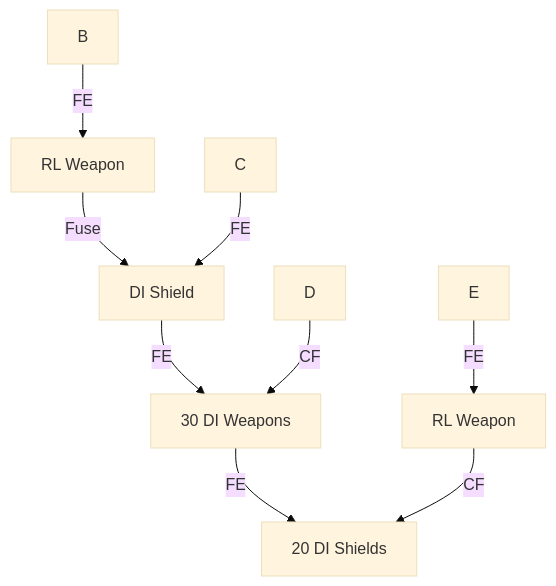
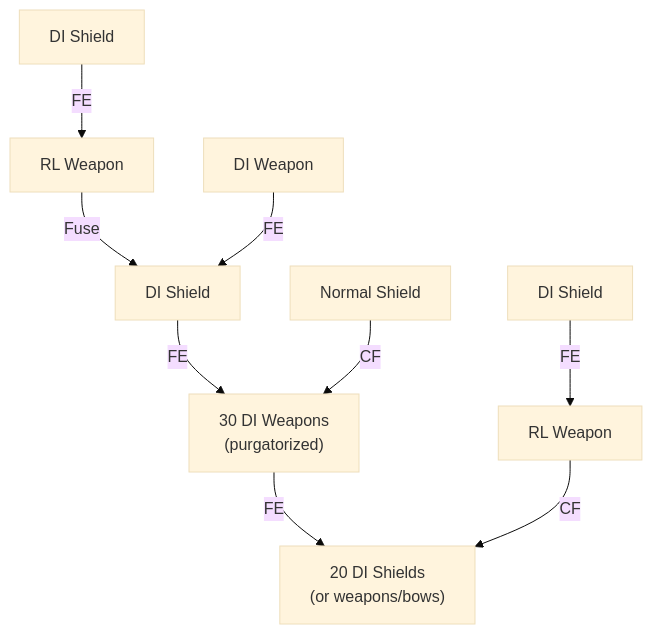
Before and after one commit to BKMzero/ultrabroken-documentation: the first of 3 diagrams in docs/wiki/_wip/sfo-nesting-test.md, drawn with Mermaid (base theme).

Commit message:
sfo nestest method 2 diagram 1 nodes B,C,D,E,I,J names

````diff
--- a/docs/wiki/_wip/sfo-nesting-test.md
+++ b/docs/wiki/_wip/sfo-nesting-test.md
@@ -71,11 +71,11 @@
             ```mermaid
             graph TD
-                B -->|FE| F[RL Weapon]
-                E -->|FE| G[RL Weapon]
+                B[DI Shield] -->|FE| F[RL Weapon]
+                E[DI Shield] -->|FE| G[RL Weapon]
                 F -->|Fuse| H[DI Shield]
-                C -->|FE| H
-                H -->|FE| I[30 DI Weapons]
-                D -->|CF| I
-                I -->|FE| J[20 DI Shields]
+                C[DI Weapon] -->|FE| H
+                H -->|FE| I["30 DI Weapons<br/>(purgatorized)"]
+                D[Normal Shield] -->|CF| I
+                I -->|FE| J["20 DI Shields<br/>(or weapons/bows)"]
                 G -->|CF| J
             ```
````
